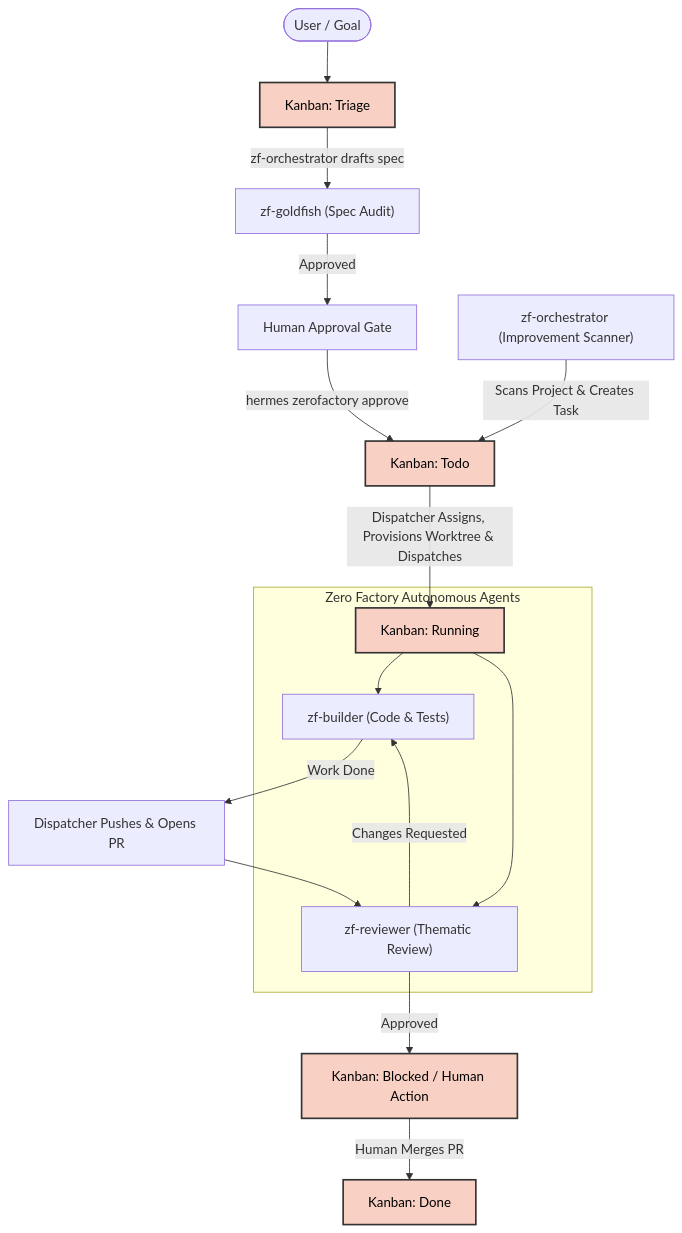
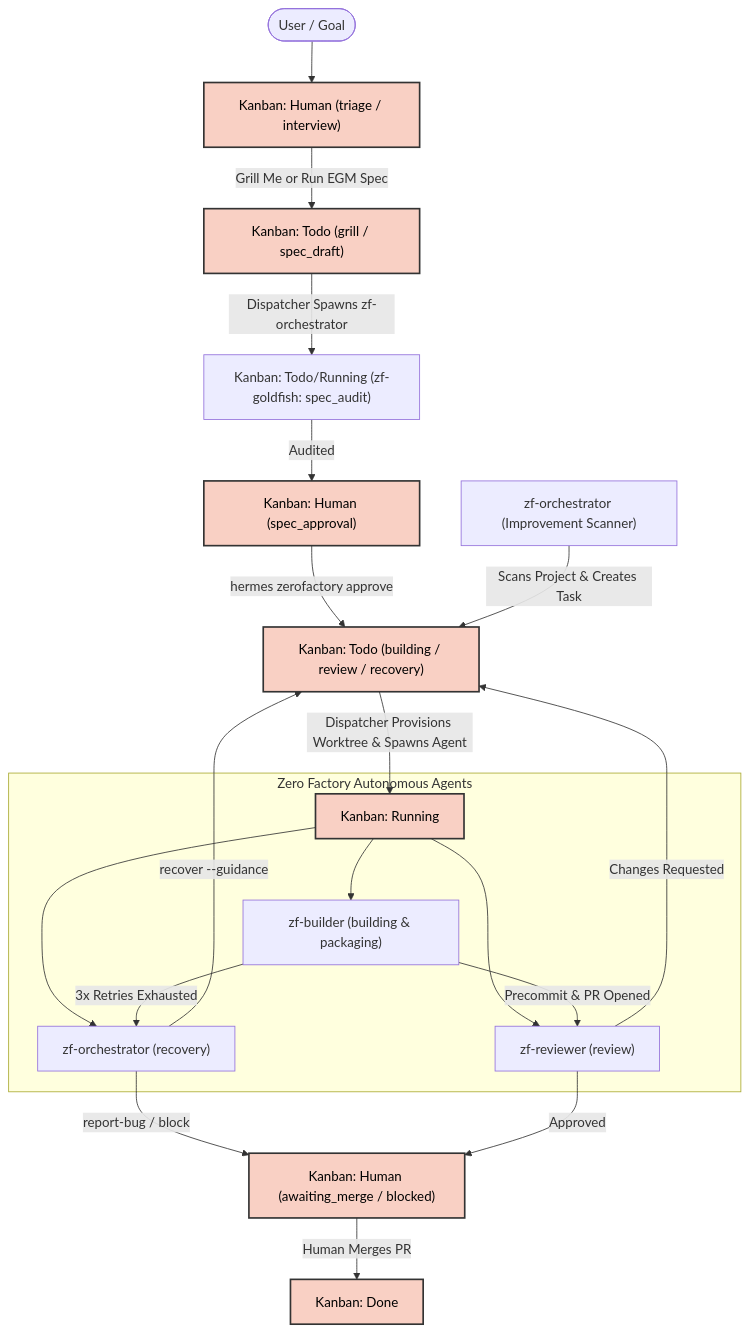
Before and after one commit to hotcode-dev/zerofactory: the diagram in README.md, drawn with Mermaid. The commit also changed other lines of this file and 34 other files, not shown here.

Commit message:
feat(kanban): implement 4-column actor-based Kanban & 13-stage state machine with autonomous recovery

````diff
--- a/README.md
+++ b/README.md
@@ -9,22 +9,26 @@
 ```mermaid
 graph TD
     classDef kanban fill:#f9d0c4,stroke:#333,stroke-width:2px,color:#000;
     
-    User([User / Goal]) --> Triage[Kanban: Triage]:::kanban
-    Triage -->|zf-orchestrator drafts spec| Goldfish["zf-goldfish (Spec Audit)"]
-    Goldfish -->|Approved| HumanGate[Human Approval Gate]
-    HumanGate -->|hermes zerofactory approve| Todo[Kanban: Todo]:::kanban
+    User([User / Goal]) --> HumanTriage["Kanban: Human (triage / interview)"]:::kanban
+    HumanTriage -->|Grill Me or Run EGM Spec| TodoSpec["Kanban: Todo (grill / spec_draft)"]:::kanban
+    TodoSpec -->|Dispatcher Spawns zf-orchestrator| SpecAudit["Kanban: Todo/Running (zf-goldfish: spec_audit)"]
+    SpecAudit -->|Audited| HumanGate["Kanban: Human (spec_approval)"]:::kanban
+    HumanGate -->|hermes zerofactory approve| Todo["Kanban: Todo (building / review / recovery)"]:::kanban
     Scanner["zf-orchestrator (Improvement Scanner)"] -->|Scans Project & Creates Task| Todo
-    Todo -->|Dispatcher Assigns, Provisions Worktree & Dispatches| Running[Kanban: Running]:::kanban
+    Todo -->|Dispatcher Provisions Worktree & Spawns Agent| Running["Kanban: Running"]:::kanban
     
     subgraph Zero Factory Autonomous Agents
-        Running --> Builder["zf-builder (Code & Tests)"]
-        Running --> Reviewer["zf-reviewer (Thematic Review)"]
+        Running --> Builder["zf-builder (building & packaging)"]
+        Running --> Reviewer["zf-reviewer (review)"]
+        Running --> Recovery["zf-orchestrator (recovery)"]
     end
     
-    Builder -->|Work Done| PR[Dispatcher Pushes & Opens PR]
-    PR --> Reviewer
-    Reviewer -->|Changes Requested| Builder
-    Reviewer -->|Approved| Blocked[Kanban: Blocked / Human Action]:::kanban
-    Blocked -->|Human Merges PR| Done[Kanban: Done]:::kanban
+    Builder -->|Precommit & PR Opened| Reviewer
+    Builder -->|3x Retries Exhausted| Recovery
+    Recovery -->|recover --guidance| Todo
+    Recovery -->|report-bug / block| Blocked["Kanban: Human (awaiting_merge / blocked)"]:::kanban
+    Reviewer -->|Changes Requested| Todo
+    Reviewer -->|Approved| Blocked
+    Blocked -->|Human Merges PR| Done["Kanban: Done"]:::kanban
 ```
````
